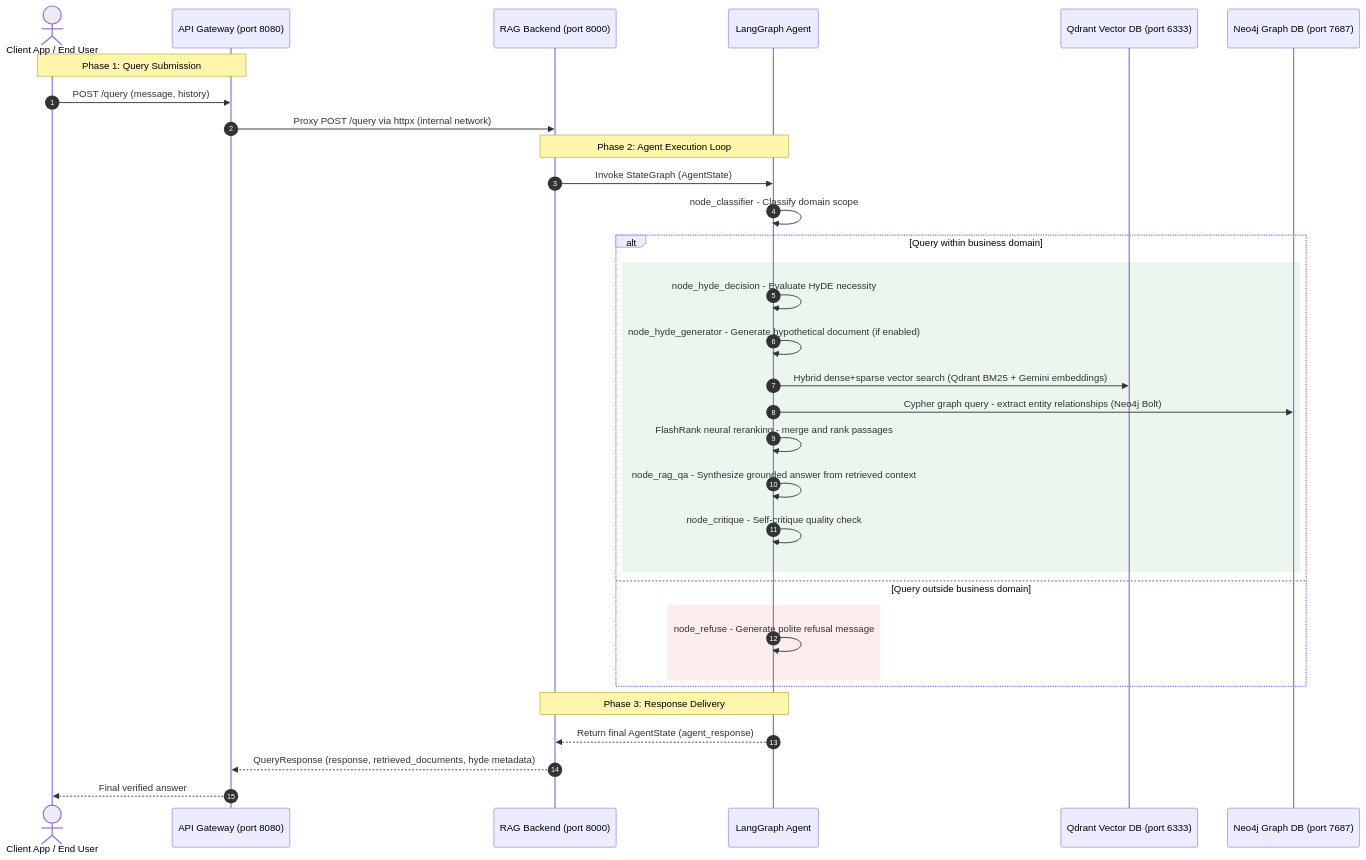
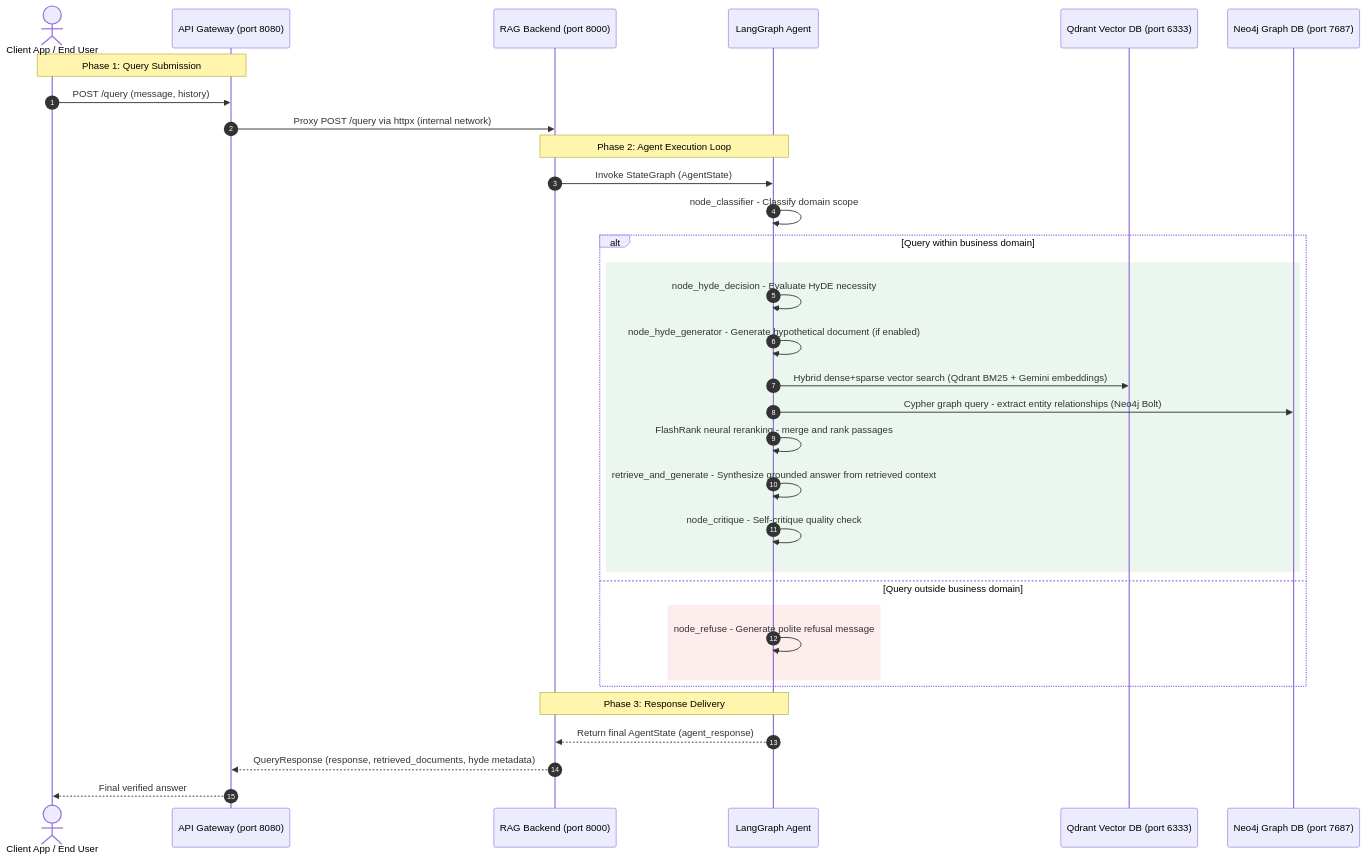
Before and after one commit to boycececil666gmailcom/Enterprise-RAG-Engine: the first of 3 diagrams in README.md, drawn with Mermaid. The commit also changed other lines of this file and 8 other files, not shown here.

````diff
--- a/README.md
+++ b/README.md
@@ -38,39 +38,39 @@
 ```mermaid
 sequenceDiagram
     autonumber
     actor Client as Client App / End User
     participant GW as API Gateway (port 8080)
     participant BE as RAG Backend (port 8000)
     participant AG as LangGraph Agent
     participant VDB as Qdrant Vector DB (port 6333)
     participant GDB as Neo4j Graph DB (port 7687)
 
     Note over Client, GW: Phase 1: Query Submission
     Client->>GW: POST /query (message, history)
     GW->>BE: Proxy POST /query via httpx (internal network)
 
     Note over BE, AG: Phase 2: Agent Execution Loop
     BE->>AG: Invoke StateGraph (AgentState)
     AG->>AG: node_classifier - Classify domain scope
 
     alt Query within business domain
         rect rgb(235, 247, 238)
             AG->>AG: node_hyde_decision - Evaluate HyDE necessity
             AG->>AG: node_hyde_generator - Generate hypothetical document (if enabled)
             AG->>VDB: Hybrid dense+sparse vector search (Qdrant BM25 + Gemini embeddings)
             AG->>GDB: Cypher graph query - extract entity relationships (Neo4j Bolt)
             AG->>AG: FlashRank neural reranking - merge and rank passages
-            AG->>AG: node_rag_qa - Synthesize grounded answer from retrieved context
+            AG->>AG: retrieve_and_generate - Synthesize grounded answer from retrieved context
             AG->>AG: node_critique - Self-critique quality check
         end
     else Query outside business domain
         rect rgb(253, 237, 237)
             AG->>AG: node_refuse - Generate polite refusal message
         end
     end
 
     Note over AG, BE: Phase 3: Response Delivery
     AG-->>BE: Return final AgentState (agent_response)
     BE-->>GW: QueryResponse (response, retrieved_documents, hyde metadata)
     GW-->>Client: Final verified answer
 ```
````
